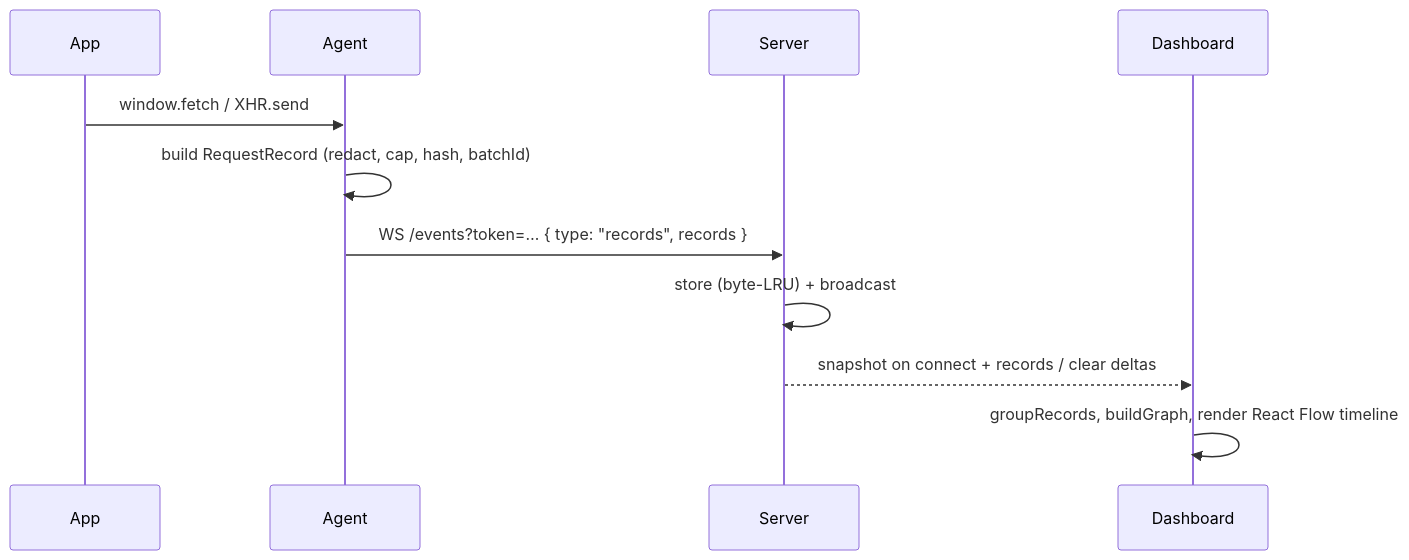
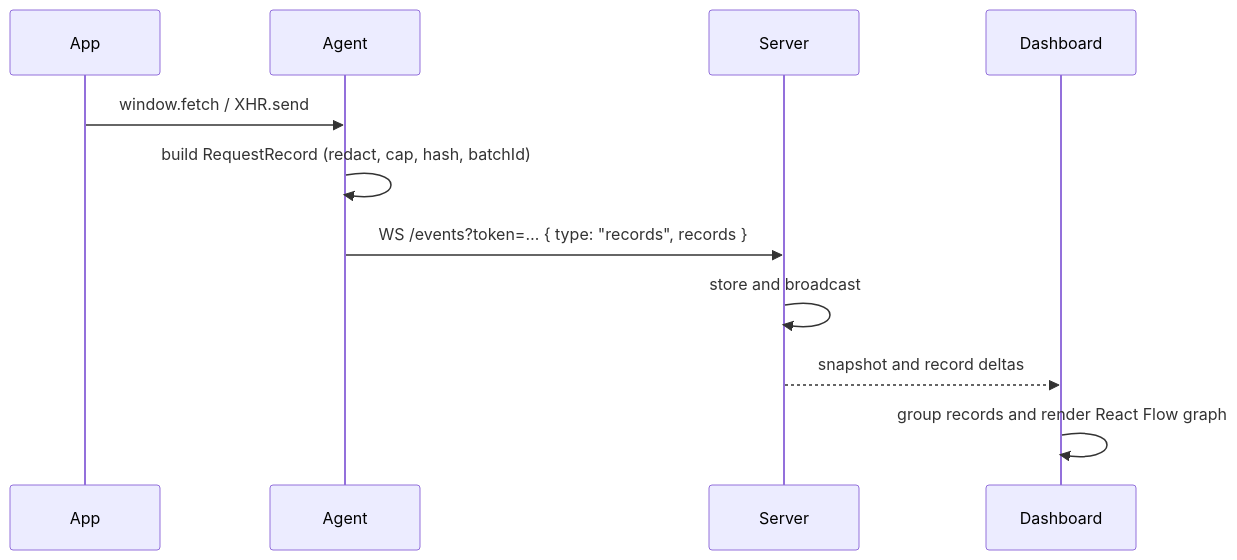
Before and after one commit to Lukasdias/vite-http-tracker: the second of 2 diagrams in README.md, drawn with Mermaid. The commit also changed other lines of this file and 21 other files, not shown here.

````diff
--- a/README.md
+++ b/README.md
@@ -41,14 +160,14 @@
 ```mermaid
 sequenceDiagram
   participant App
   participant Agent
   participant Server
   participant Dashboard
 
   App->>Agent: window.fetch / XHR.send
   Agent->>Agent: build RequestRecord (redact, cap, hash, batchId)
   Agent->>Server: WS /events?token=… { type: "records", records }
-  Server->>Server: store (byte-LRU) + broadcast
-  Server-->>Dashboard: snapshot on connect + records / clear deltas
-  Dashboard->>Dashboard: groupRecords, buildGraph, render React Flow timeline
+  Server->>Server: store and broadcast
+  Server-->>Dashboard: snapshot and record deltas
+  Dashboard->>Dashboard: group records and render React Flow graph
 ```
````
